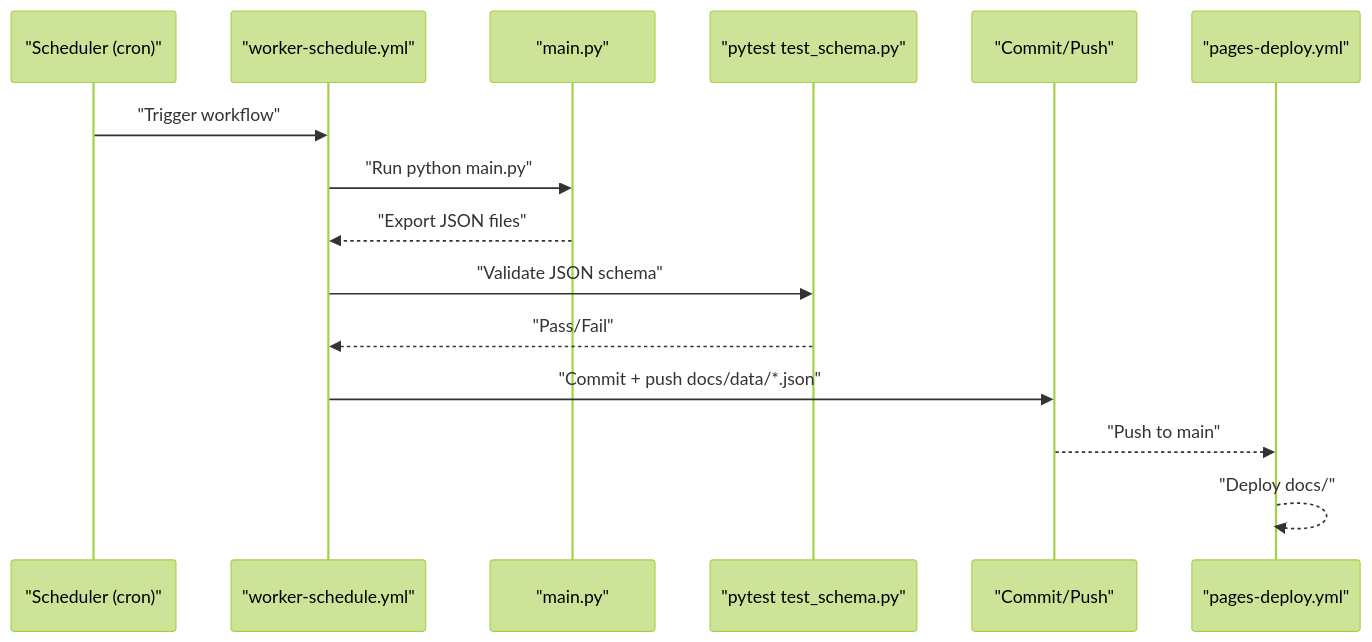
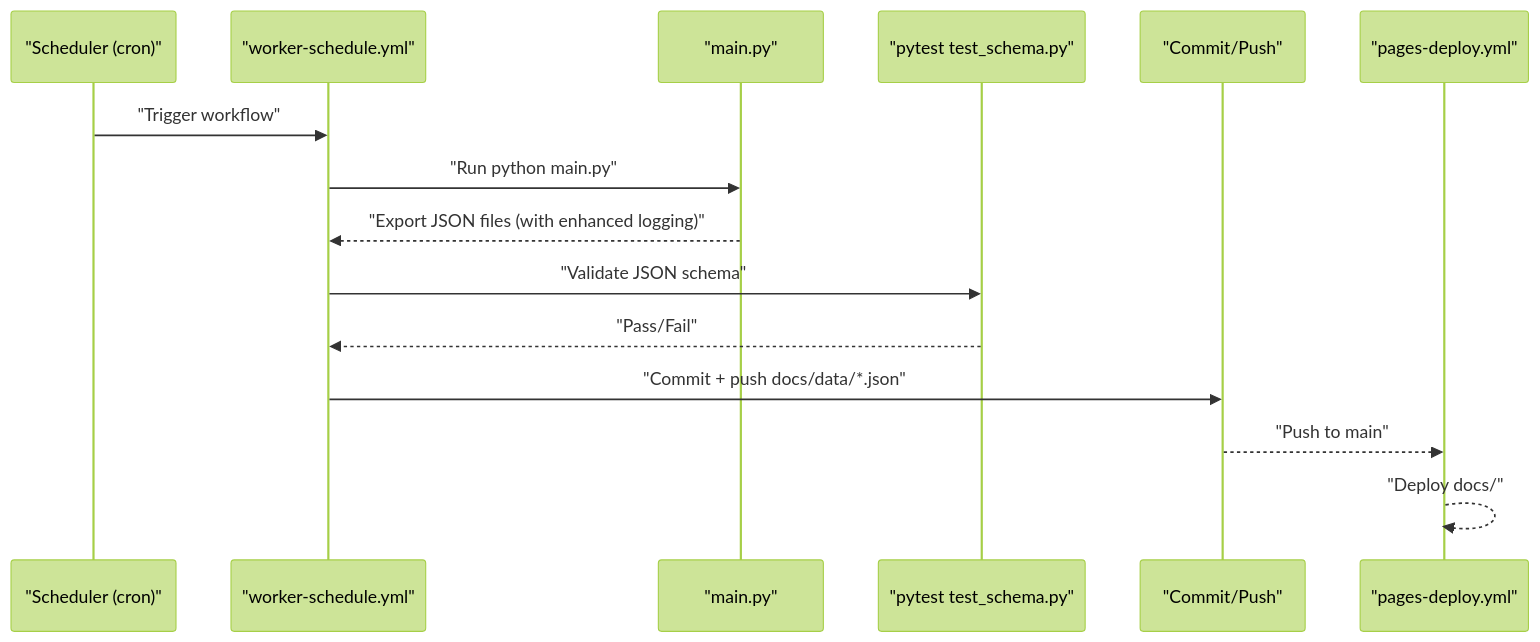
The fifth of 6 diagrams in .qoder/repowiki/en/content/Data Management/JSON Export System.md (shakthi-vinayak/news), drawn with Mermaid (forest theme) before and after one commit. The commit also changed other lines of this file and 37 other files, not shown here.

````diff
--- a/.qoder/repowiki/en/content/Data Management/JSON Export System.md
+++ b/.qoder/repowiki/en/content/Data Management/JSON Export System.md
@@ -340,17 +363,17 @@
 ```mermaid
 sequenceDiagram
 participant Cron as "Scheduler (cron)"
 participant GA as "worker-schedule.yml"
 participant Worker as "main.py"
 participant Tests as "pytest test_schema.py"
 participant Git as "Commit/Push"
 participant Pages as "pages-deploy.yml"
 Cron->>GA : "Trigger workflow"
 GA->>Worker : "Run python main.py"
-Worker-->>GA : "Export JSON files"
+Worker-->>GA : "Export JSON files (with enhanced logging)"
 GA->>Tests : "Validate JSON schema"
 Tests-->>GA : "Pass/Fail"
 GA->>Git : "Commit + push docs/data/*.json"
 Git-->>Pages : "Push to main"
 Pages-->>Pages : "Deploy docs/"
 ```
````
